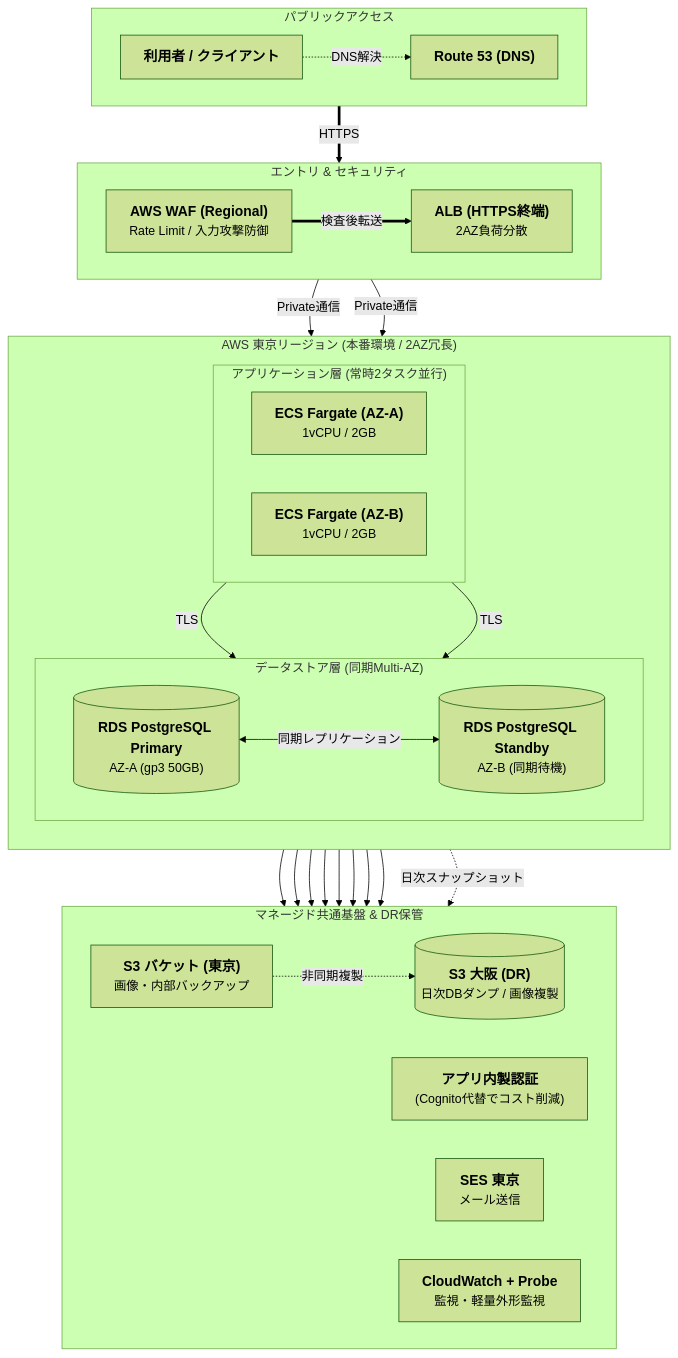
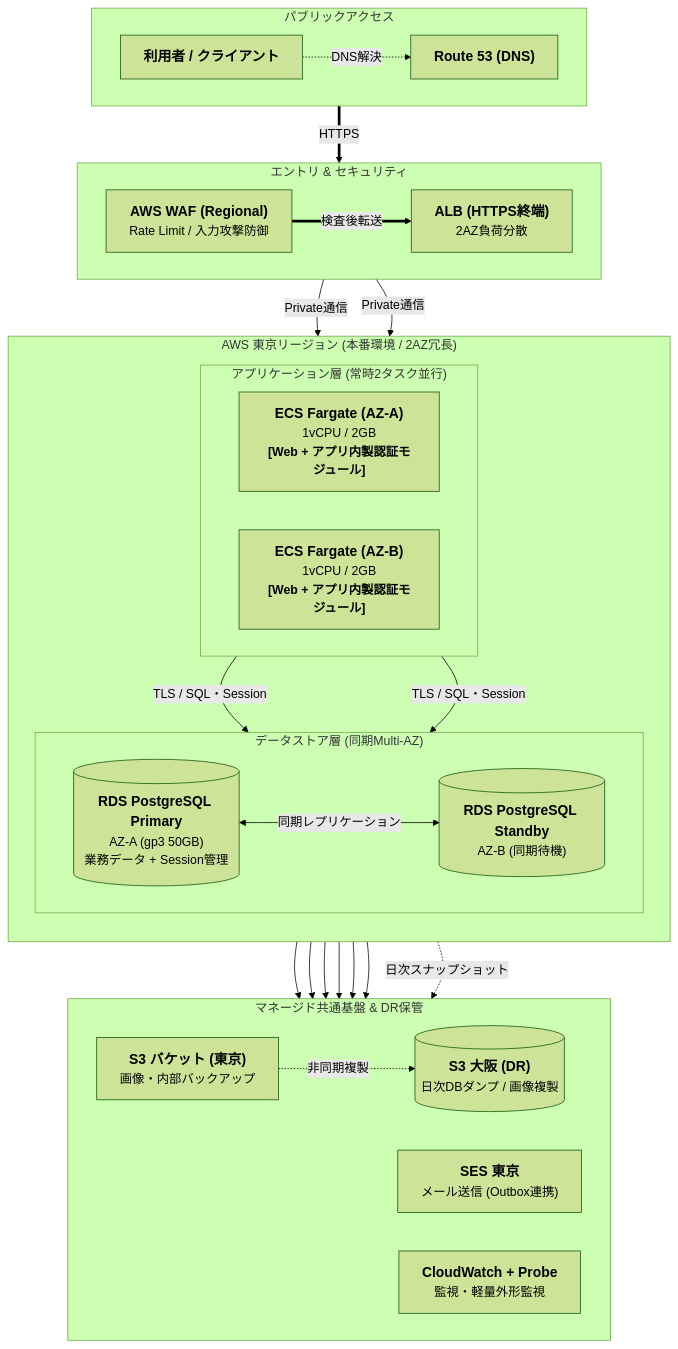
Before and after one commit to moruku36/cloud-validation-level3-astra-light: the fourth of 4 diagrams in README.md, drawn with Mermaid (forest theme). The commit also changed other lines of this file and 4 other files, not shown here.

Commit message:
docs: finalize single source of truth for requirements, refine ADR-B2 scope, and prioritize current architecture diagram

````diff
--- a/README.md
+++ b/README.md
@@ -228,57 +219,54 @@
 ```mermaid
 flowchart TB
   subgraph PublicLayer ["パブリックアクセス"]
     direction LR
     U["<font size=4><b>利用者 / クライアント</b></font>"]
     DNS["<font size=4><b>Route 53 (DNS)</b></font>"]
     U -. DNS解決 .-> DNS
   end
 
   subgraph IngressLayer ["エントリ & セキュリティ"]
     direction LR
     WAF["<font size=4><b>AWS WAF (Regional)</b></font><br/>Rate Limit / 入力攻撃防御"]
     ALB["<font size=4><b>ALB (HTTPS終端)</b></font><br/>2AZ負荷分散"]
     WAF ==>|検査後転送| ALB
   end
 
   subgraph TokyoVPC ["AWS 東京リージョン (本番環境 / 2AZ冗長)"]
     direction TB
     subgraph ComputeTier ["アプリケーション層 (常時2タスク並行)"]
       direction LR
-      AppA["<font size=4><b>ECS Fargate (AZ-A)</b></font><br/>1vCPU / 2GB"]
-      AppB["<font size=4><b>ECS Fargate (AZ-B)</b></font><br/>1vCPU / 2GB"]
+      AppA["<font size=4><b>ECS Fargate (AZ-A)</b></font><br/>1vCPU / 2GB<br/><b>[Web + アプリ内製認証モジュール]</b>"]
+      AppB["<font size=4><b>ECS Fargate (AZ-B)</b></font><br/>1vCPU / 2GB<br/><b>[Web + アプリ内製認証モジュール]</b>"]
     end
 
     subgraph DatabaseTier ["データストア層 (同期Multi-AZ)"]
       direction LR
-      DB_Pri[("<font size=4><b>RDS PostgreSQL Primary</b></font><br/>AZ-A (gp3 50GB)")]
+      DB_Pri[("<font size=4><b>RDS PostgreSQL Primary</b></font><br/>AZ-A (gp3 50GB)<br/>業務データ + Session管理")]
       DB_Stb[("<font size=4><b>RDS PostgreSQL Standby</b></font><br/>AZ-B (同期待機)")]
       DB_Pri <-->|同期レプリケーション| DB_Stb
     end
   end
 
   subgraph ServicesTier ["マネージド共通基盤 & DR保管"]
     direction LR
     S3["<font size=4><b>S3 バケット (東京)</b></font><br/>画像・内部バックアップ"]
-    Auth["<font size=4><b>アプリ内製認証</b></font><br/>(Cognito代替でコスト削減)"]
-    SES["<font size=4><b>SES 東京</b></font><br/>メール送信"]
+    SES["<font size=4><b>SES 東京</b></font><br/>メール送信 (Outbox連携)"]
     CW["<font size=4><b>CloudWatch + Probe</b></font><br/>監視・軽量外形監視"]
     DR_S3[("<font size=4><b>S3 大阪 (DR)</b></font><br/>日次DBダンプ / 画像複製")]
   end
 
   U ==>|HTTPS| WAF
   ALB -->|Private通信| AppA
   ALB -->|Private通信| AppB
-  AppA -->|TLS| DB_Pri
-  AppB -->|TLS| DB_Pri
+  AppA -->|TLS / SQL・Session| DB_Pri
+  AppB -->|TLS / SQL・Session| DB_Pri
   AppA --> S3
   AppB --> S3
-  AppA --> Auth
-  AppB --> Auth
   AppA --> SES
   AppB --> SES
   AppA --> CW
   AppB --> CW
   S3 -.->|非同期複製| DR_S3
   DB_Pri -.->|日次スナップショット| DR_S3
 ```
````
